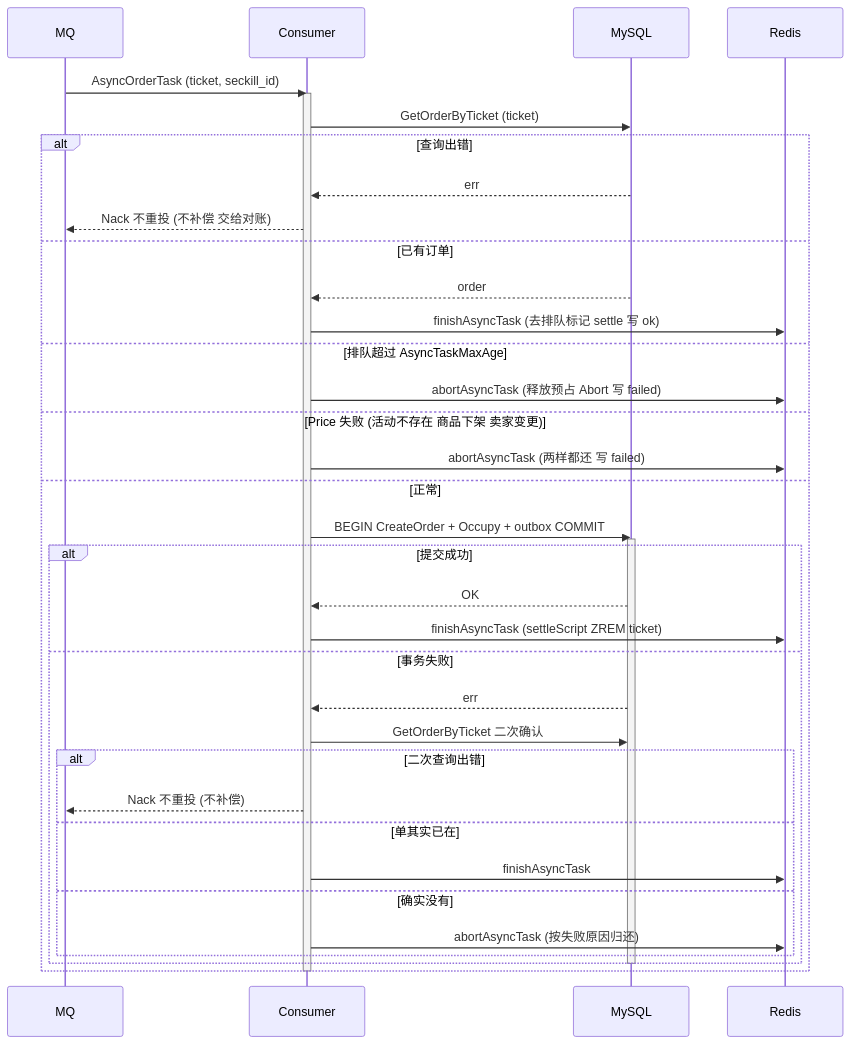
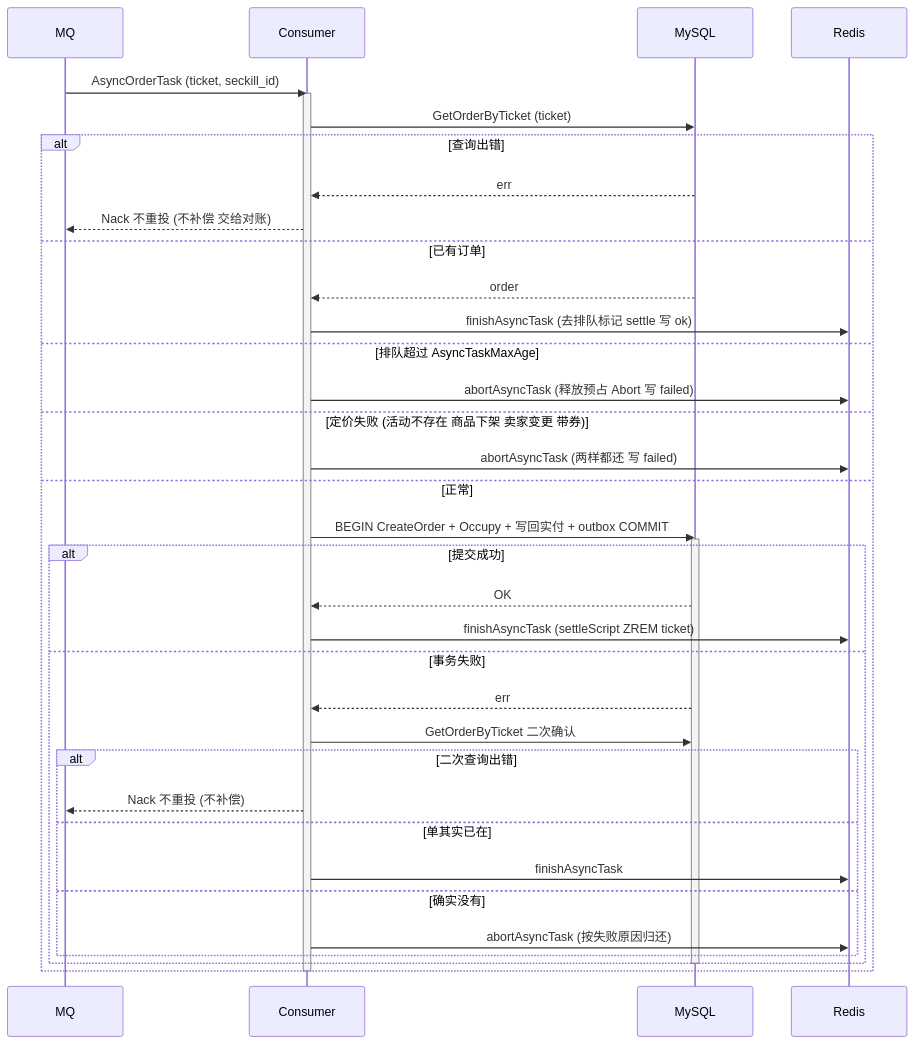
Before and after one commit to RedInn7/gomall: the third of 4 diagrams in docs/lecture/20-seckill.md, drawn with Mermaid. The commit also changed other lines of this file, not shown here.

````diff
--- a/docs/lecture/20-seckill.md
+++ b/docs/lecture/20-seckill.md
@@ -334,41 +348,41 @@
 ```mermaid
 sequenceDiagram
     participant MQ
     participant C as Consumer
     participant DB as MySQL
     participant Redis
 
     MQ->>C: AsyncOrderTask (ticket, seckill_id)
     activate C
     C->>DB: GetOrderByTicket (ticket)
     alt 查询出错
         DB-->>C: err
         C-->>MQ: Nack 不重投 (不补偿 交给对账)
     else 已有订单
         DB-->>C: order
         C->>Redis: finishAsyncTask (去排队标记 settle 写 ok)
     else 排队超过 AsyncTaskMaxAge
         C->>Redis: abortAsyncTask (释放预占 Abort 写 failed)
-    else Price 失败 (活动不存在 商品下架 卖家变更)
+    else 定价失败 (活动不存在 商品下架 卖家变更 带券)
         C->>Redis: abortAsyncTask (两样都还 写 failed)
     else 正常
-        C->>DB: BEGIN CreateOrder + Occupy + outbox COMMIT
+        C->>DB: BEGIN CreateOrder + Occupy + 写回实付 + outbox COMMIT
         activate DB
         alt 提交成功
             DB-->>C: OK
             C->>Redis: finishAsyncTask (settleScript ZREM ticket)
         else 事务失败
             DB-->>C: err
             C->>DB: GetOrderByTicket 二次确认
             alt 二次查询出错
                 C-->>MQ: Nack 不重投 (不补偿)
             else 单其实已在
                 C->>Redis: finishAsyncTask
             else 确实没有
                 C->>Redis: abortAsyncTask (按失败原因归还)
             end
         end
         deactivate DB
     end
     deactivate C
 ```
````
